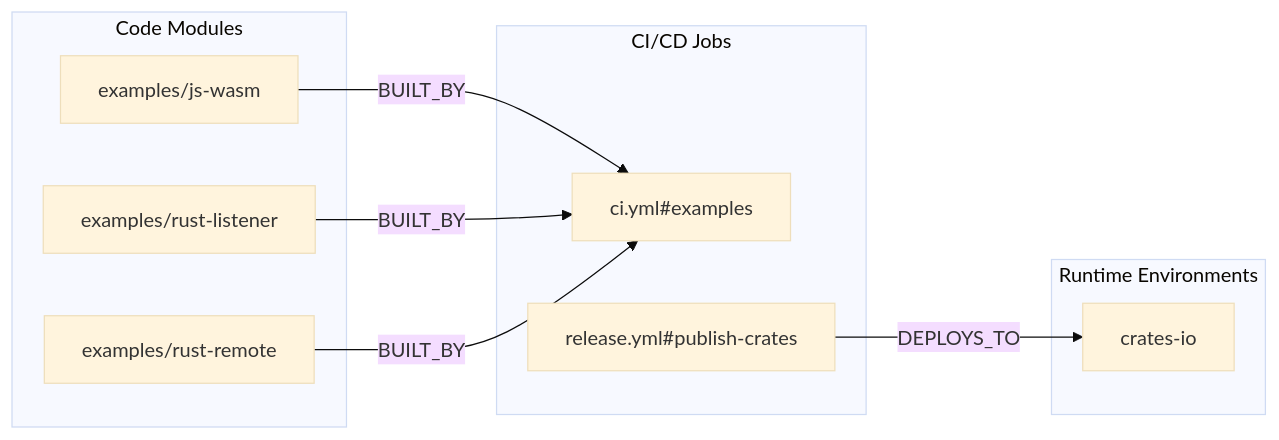
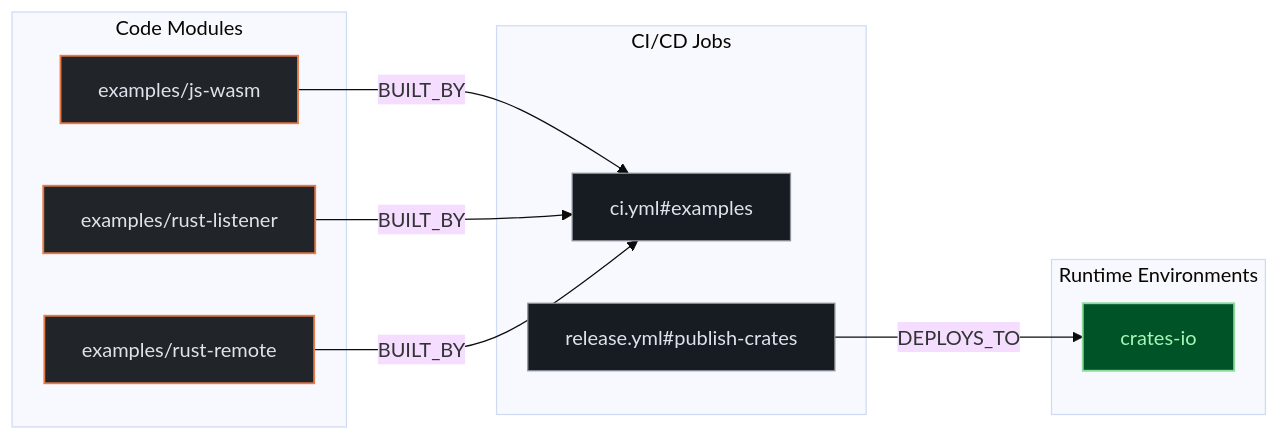
One commit to kumarshaz/atruss-code-atlas changed the second of 3 diagrams in exports/latest/reports/bitwarden-agent-access-report.md. Above: the diagram before and after it, drawn with Mermaid (base theme). The commit also changed other lines of this file and 331 other files, not shown here.

Commit message:
docs,ui,fix: update SDLC docs, reorder CI/CD DAG first, stylize Mermaid, and fix Arc42 pipeline topology

````diff
--- a/exports/latest/reports/bitwarden-agent-access-report.md
+++ b/exports/latest/reports/bitwarden-agent-access-report.md
@@ -194,19 +201,23 @@
 ```mermaid
 flowchart LR
+    classDef atlasCategory fill:#212428,stroke:#E87A48,stroke-width:1.5px,color:#dfe3eb
+    classDef atlasWorkflow fill:#1b2026,stroke:#a3c9ff,stroke-width:1.5px,color:#dfe3eb
+    classDef atlasJob fill:#171c22,stroke:#8d9199,stroke-width:1px,color:#dfe3eb
+    classDef atlasTarget fill:#005227,stroke:#8bd99b,stroke-width:1.5px,color:#a7f6b6
     subgraph code_modules["Code Modules"]
-        mod_examples_js_wasm["examples/js-wasm"]
-        mod_examples_rust_listener["examples/rust-listener"]
-        mod_examples_rust_remote["examples/rust-remote"]
+        mod_examples_js_wasm["examples/js-wasm"]:::atlasCategory
+        mod_examples_rust_listener["examples/rust-listener"]:::atlasCategory
+        mod_examples_rust_remote["examples/rust-remote"]:::atlasCategory
     end
     subgraph ci_jobs["CI/CD Jobs"]
-        job_ci_yml_examples["ci.yml#examples"]
-        job_release_yml_publish_crates["release.yml#publish-crates"]
+        job_ci_yml_examples["ci.yml#examples"]:::atlasJob
+        job_release_yml_publish_crates["release.yml#publish-crates"]:::atlasJob
     end
     subgraph runtime_envs["Runtime Environments"]
-        env_crates_io["crates-io"]
+        env_crates_io["crates-io"]:::atlasTarget
     end
     job_release_yml_publish_crates -->|DEPLOYS_TO| env_crates_io
     mod_examples_js_wasm -->|BUILT_BY| job_ci_yml_examples
     mod_examples_rust_listener -->|BUILT_BY| job_ci_yml_examples
     mod_examples_rust_remote -->|BUILT_BY| job_ci_yml_examples
 ```
````
